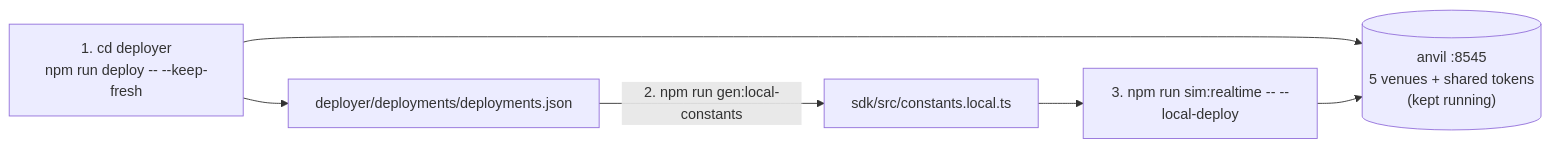
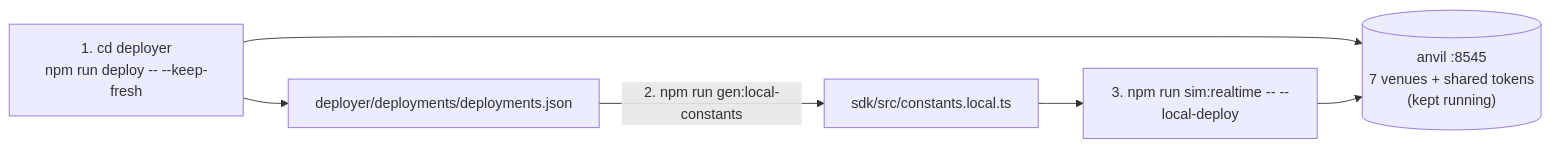
The diagram in docs/guide/local-deploy.md (NyxFoundation/eris-agent-simulator), drawn with Mermaid before and after one commit. The commit also changed other lines of this file and 13 other files, not shown here.

````diff
--- a/docs/guide/local-deploy.md
+++ b/docs/guide/local-deploy.md
@@ -29,8 +29,8 @@
 ```mermaid
 flowchart LR
-  D["1. cd deployer<br/>npm run deploy -- --keep-fresh"] --> A[("anvil :8545<br/>5 venues + shared tokens<br/>(kept running)")]
+  D["1. cd deployer<br/>npm run deploy -- --keep-fresh"] --> A[("anvil :8545<br/>7 venues + shared tokens<br/>(kept running)")]
   D --> J["deployer/deployments/deployments.json"]
   J -->|"2. npm run gen:local-constants"| C["sdk/src/constants.local.ts"]
   C --> S["3. npm run sim:realtime -- --local-deploy"]
   S --> A
 ```
````
